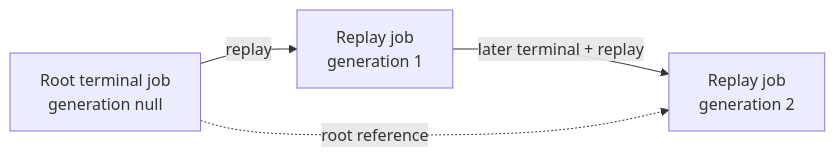
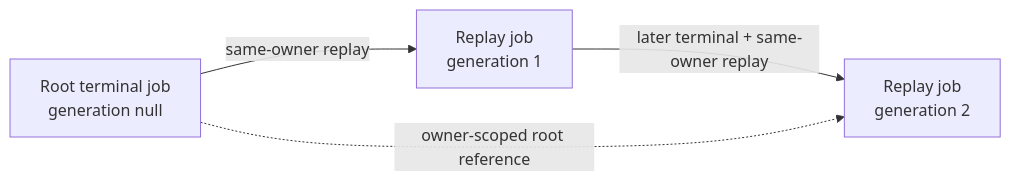
Before and after one commit to ContextualWisdomLab/mightyETL: the diagram in docs/operations/durable-job-replay.md, drawn with Mermaid. The commit also changed other lines of this file, not shown here.

Commit message:
docs(etl): document owner-scoped replay lineage constraints

````diff
--- a/docs/operations/durable-job-replay.md
+++ b/docs/operations/durable-job-replay.md
@@ -90,6 +103,6 @@
 ```mermaid
 flowchart LR
-    R0[Root terminal job<br/>generation null] -->|replay| R1[Replay job<br/>generation 1]
-    R1 -->|later terminal + replay| R2[Replay job<br/>generation 2]
-    R0 -. root reference .-> R2
+    R0[Root terminal job<br/>generation null] -->|same-owner replay| R1[Replay job<br/>generation 1]
+    R1 -->|later terminal + same-owner replay| R2[Replay job<br/>generation 2]
+    R0 -. owner-scoped root reference .-> R2
 ```
````
